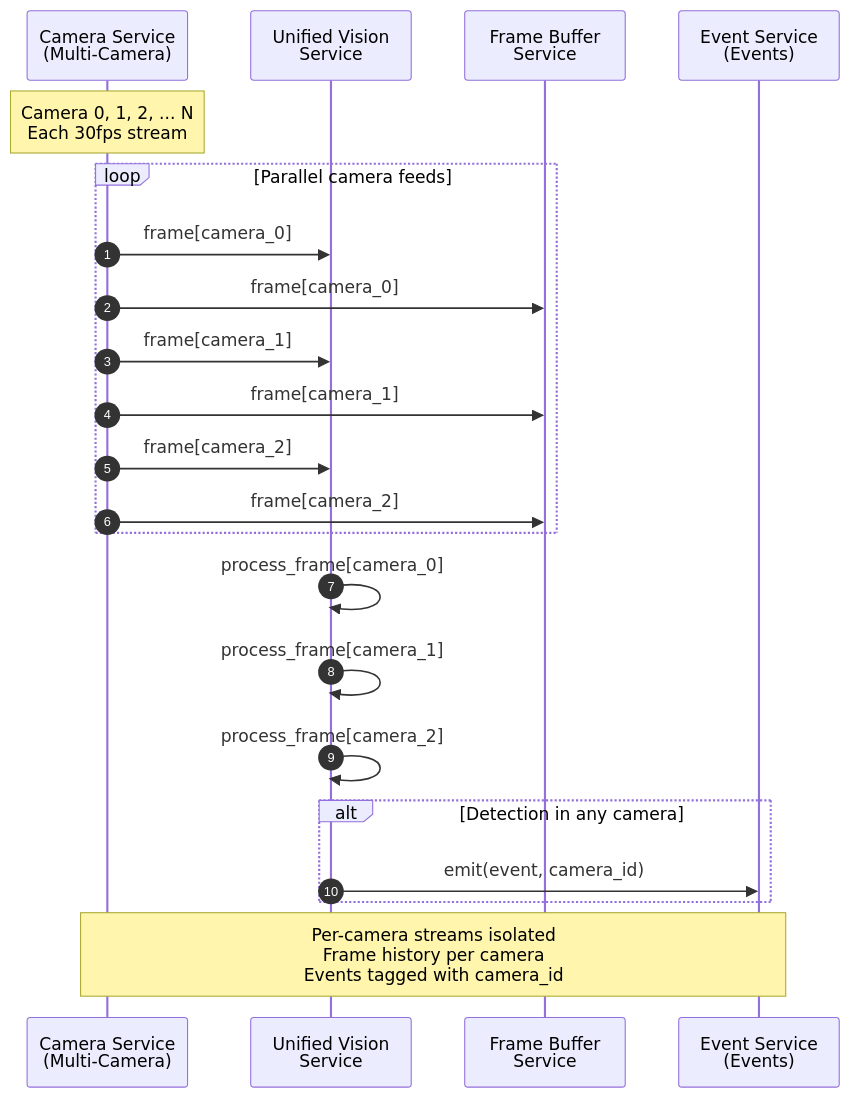
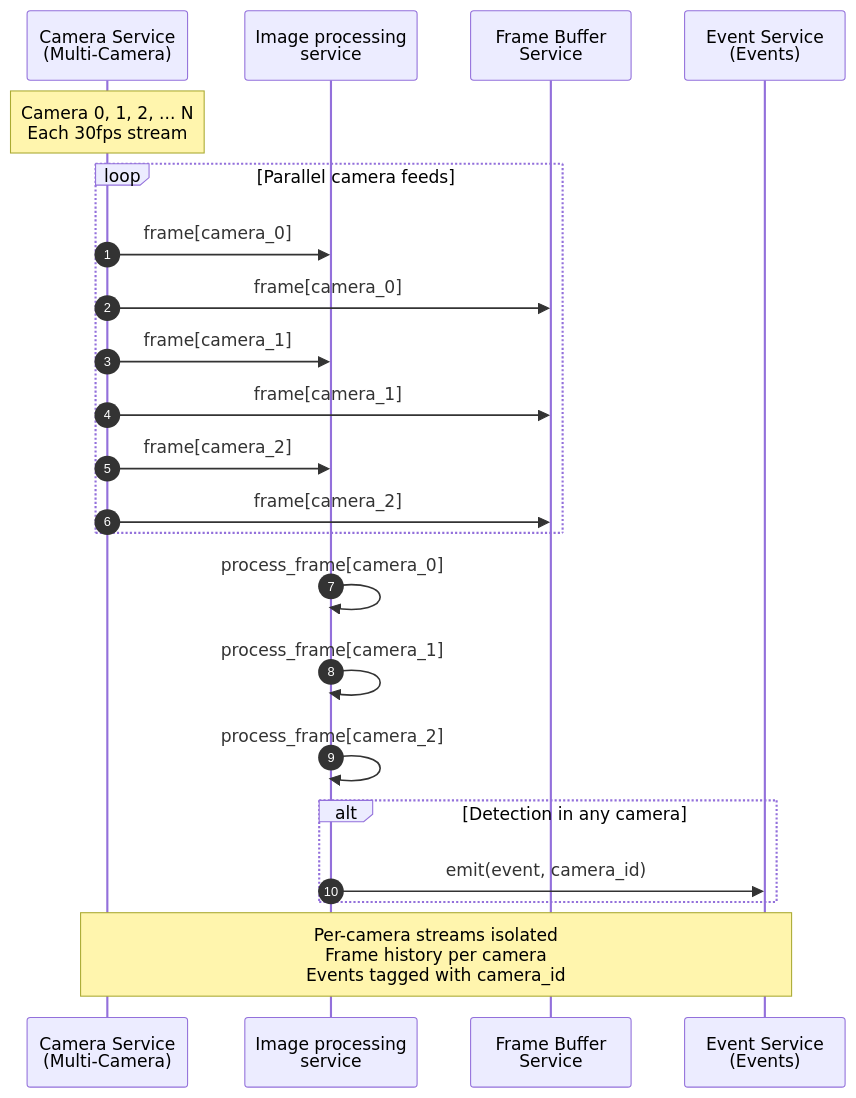
The fourth of 4 diagrams in doc/system.md (talifruman/camera-recognition), drawn with Mermaid before and after one commit. The commit also changed other lines of this file and 2 other files, not shown here.

Commit message:
docs: rename image processing service

````diff
--- a/doc/system.md
+++ b/doc/system.md
@@ -249,29 +249,29 @@
 ```mermaid
 sequenceDiagram
 	autonumber
 	participant CameraService as Camera Service<br/>(Multi-Camera)
-	participant UVService as Unified Vision<br/>Service
+	participant UVService as Image processing<br/>service
 	participant FrameBuffer as Frame Buffer<br/>Service
 	participant EventService as Event Service<br/>(Events)
 
 	Note over CameraService: Camera 0, 1, 2, ... N<br/>Each 30fps stream
 	
 	loop Parallel camera feeds
 		CameraService->>UVService: frame[camera_0]
 		CameraService->>FrameBuffer: frame[camera_0]
 		CameraService->>UVService: frame[camera_1]
 		CameraService->>FrameBuffer: frame[camera_1]
 		CameraService->>UVService: frame[camera_2]
 		CameraService->>FrameBuffer: frame[camera_2]
 	end
 	
 	UVService->>UVService: process_frame[camera_0]
 	UVService->>UVService: process_frame[camera_1]
 	UVService->>UVService: process_frame[camera_2]
 	
 	alt Detection in any camera
 		UVService->>EventService: emit(event, camera_id)
 	end
 
 	Note over CameraService,EventService: Per-camera streams isolated<br/>Frame history per camera<br/>Events tagged with camera_id
 ```
````
